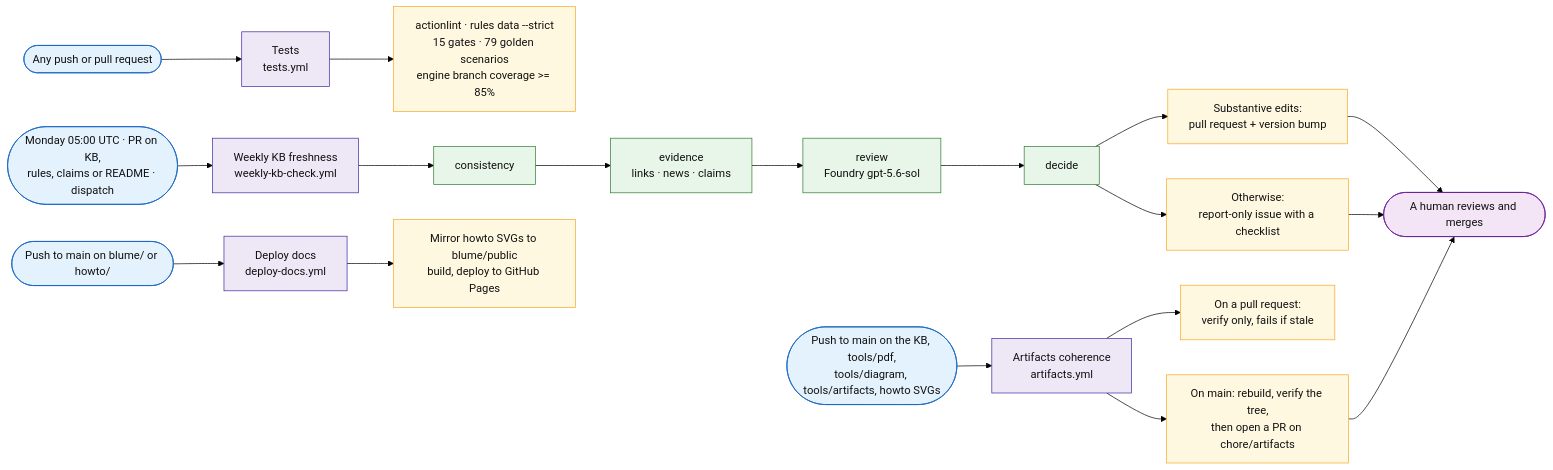
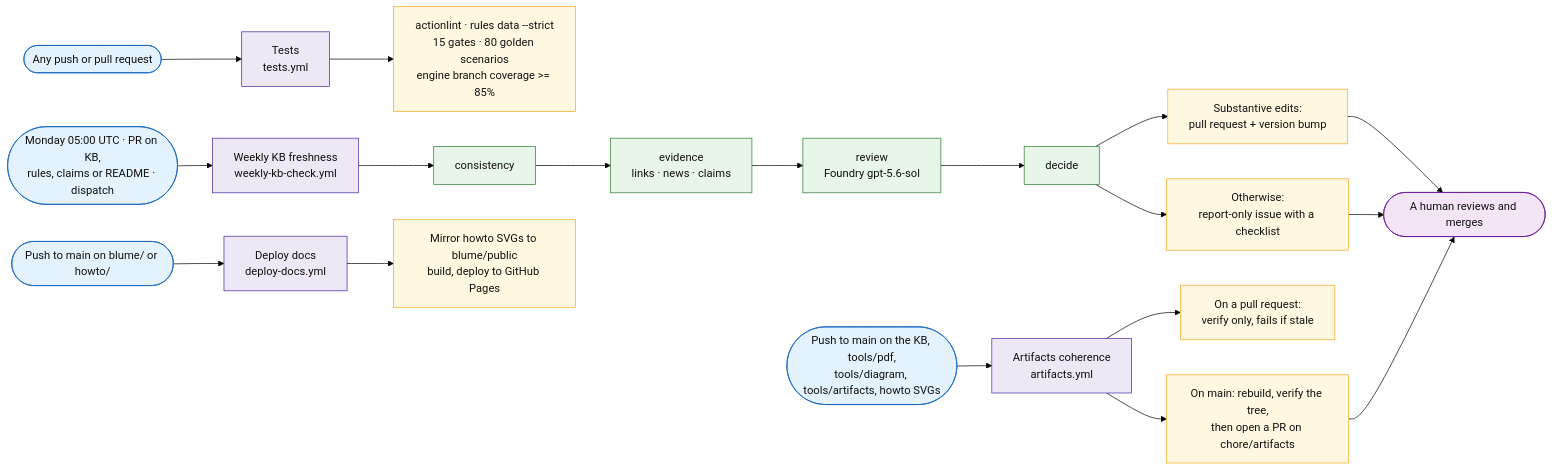
One commit to fredgis/sql-migration-advisor changed the sixth of 6 diagrams in docs/sql-migration-advisor-developer-pitch.md. Above: the diagram before and after it, drawn with Mermaid (forest theme). The commit also changed other lines of this file and 17 other files, not shown here.

````diff
--- a/docs/sql-migration-advisor-developer-pitch.md
+++ b/docs/sql-migration-advisor-developer-pitch.md
@@ -916,33 +916,33 @@
 ```mermaid
 flowchart LR
     G1([Any push or pull request]) --> W1[Tests<br/>tests.yml]
     G2([Monday 05:00 UTC · PR on KB,<br/>rules, claims or README · dispatch]) --> W2[Weekly KB freshness<br/>weekly-kb-check.yml]
     G3([Push to main on the KB, tools/pdf,<br/>tools/diagram, tools/artifacts, howto SVGs]) --> W3[Artifacts coherence<br/>artifacts.yml]
     G4([Push to main on blume/ or howto/]) --> W4[Deploy docs<br/>deploy-docs.yml]
 
-    W1 --> O1[actionlint · rules data --strict<br/>15 gates · 79 golden scenarios<br/>engine branch coverage >= 85%]
+    W1 --> O1[actionlint · rules data --strict<br/>15 gates · 80 golden scenarios<br/>engine branch coverage >= 85%]
 
     W2 --> C1[consistency] --> C2[evidence<br/>links · news · claims] --> C3[review<br/>Foundry gpt-5.6-sol] --> C4[decide]
     C4 --> O2a[Substantive edits:<br/>pull request + version bump]
     C4 --> O2b[Otherwise:<br/>report-only issue with a checklist]
 
     W3 --> O3a[On a pull request:<br/>verify only, fails if stale]
     W3 --> O3b[On main: rebuild, verify the tree,<br/>then open a PR on chore/artifacts]
 
     W4 --> O4[Mirror howto SVGs to blume/public<br/>build, deploy to GitHub Pages]
 
     O2a --> H([A human reviews and merges])
     O2b --> H
     O3b --> H
 
     classDef trig fill:#e3f2fd,stroke:#1565c0,color:#111
     classDef flow fill:#ede7f6,stroke:#4527a0,color:#111
     classDef step fill:#e8f5e9,stroke:#2e7d32,color:#111
     classDef out fill:#fff8e1,stroke:#f9a825,color:#111
     classDef human fill:#f3e5f5,stroke:#6a1b9a,color:#111
     class G1,G2,G3,G4 trig
     class W1,W2,W3,W4 flow
     class C1,C2,C3,C4 step
     class O1,O2a,O2b,O3a,O3b,O4 out
     class H human
 ```
````
